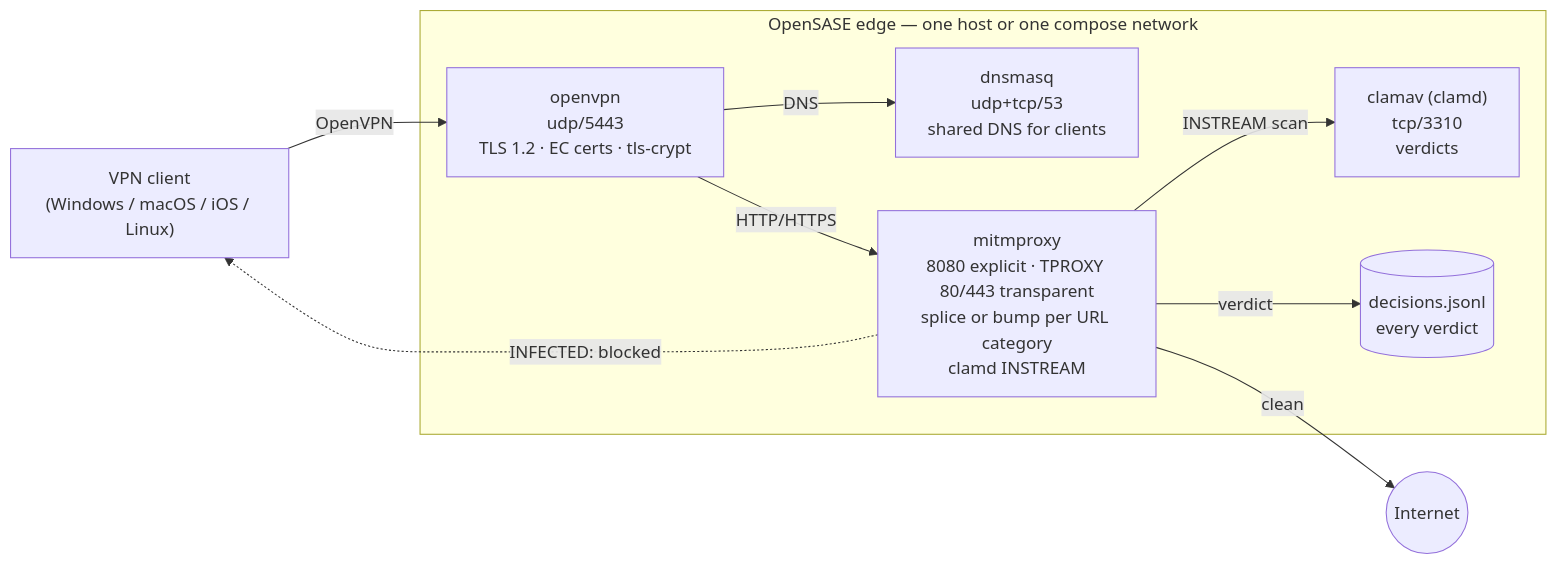
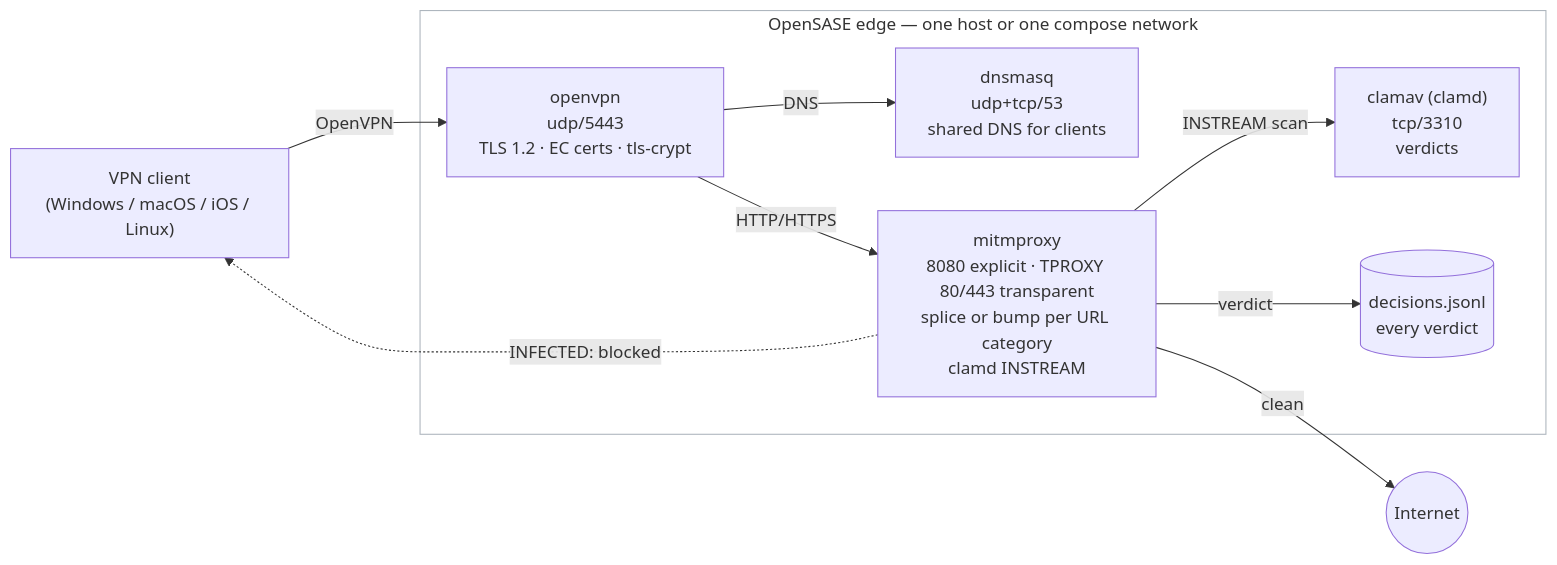
One commit to shsingh/opensase changed the diagram in docs/architecture.qmd. Above: the diagram before and after it, drawn with Mermaid. The commit also changed 1 other file, not shown here.

Commit message:
fix(site): architecture diagram grouping box loses its opaque fill (#66)
The mermaid subgraph 'OpenSASE edge' rendered with a solid gray fill
(rgb(98,109,120)): node tinted fills composited over it, the subgraph
label nearly vanished, and the dark block clashed with the white page.
The subgraph is now transparent with a light gray border, and the
diagram container no longer paints its own card background — everything
inherits the page.

````diff
--- a/docs/architecture.qmd
+++ b/docs/architecture.qmd
@@ -7,22 +7,24 @@
 ```{mermaid}
 flowchart LR
     client["VPN client<br/>(Windows / macOS / iOS / Linux)"]
 
     subgraph edge["OpenSASE edge — one host or one compose network"]
         vpn["openvpn<br/>udp/5443<br/>TLS 1.2 · EC certs · tls-crypt"]
         dns["dnsmasq<br/>udp+tcp/53<br/>shared DNS for clients"]
         mitm["mitmproxy<br/>8080 explicit · TPROXY 80/443 transparent<br/>splice or bump per URL category<br/>clamd INSTREAM"]
         clam["clamav (clamd)<br/>tcp/3310<br/>verdicts"]
         log[("decisions.jsonl<br/>every verdict")]
     end
 
     net((Internet))
 
     client -- "OpenVPN" --> vpn
     vpn -- "DNS" --> dns
     vpn -- "HTTP/HTTPS" --> mitm
     mitm -- "INSTREAM scan" --> clam
     mitm -- "verdict" --> log
     mitm -- "clean" --> net
     mitm -. "INFECTED: blocked" .-> client
+
+    style edge fill:transparent,stroke:#adb5bd
 ```
````
